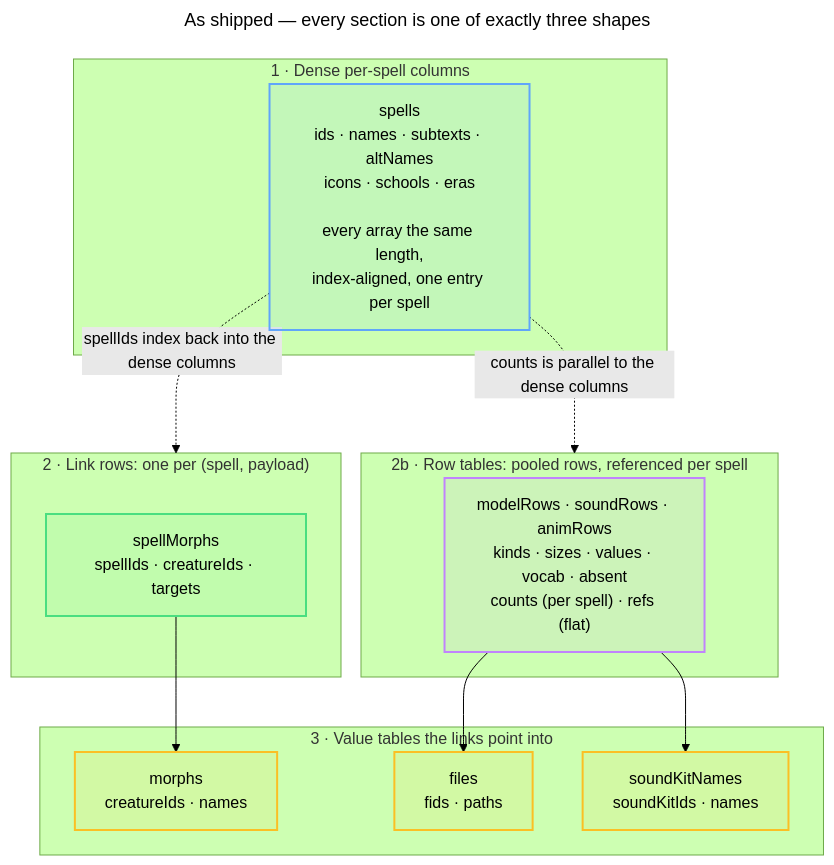
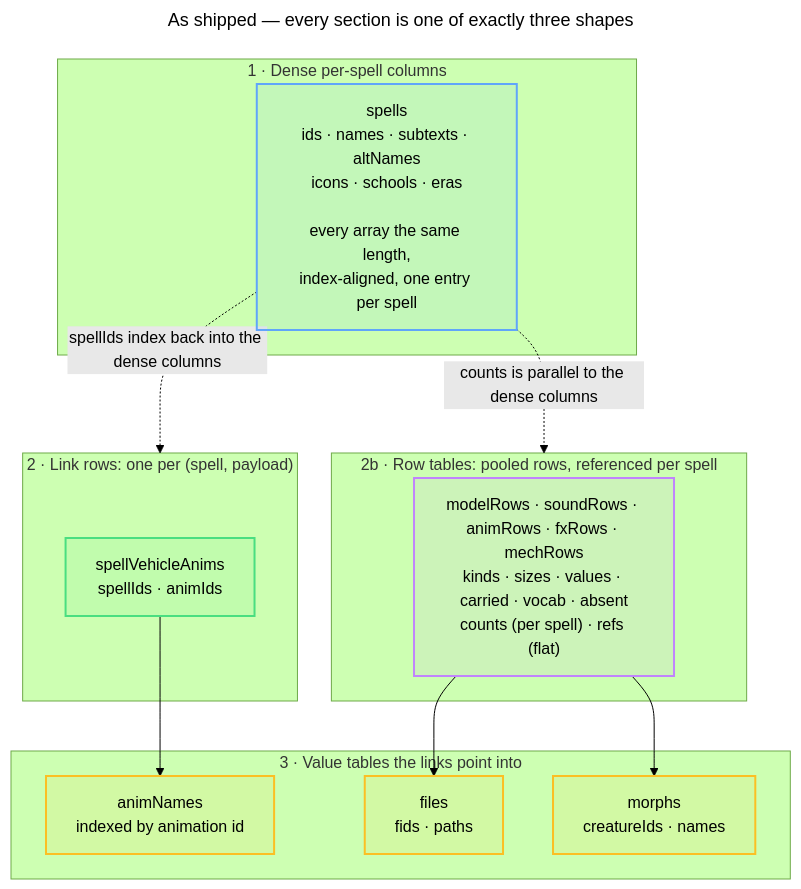
Before and after one commit to Natans8/Epsilook: the sixth of 11 diagrams in docs/DATA_ROUTES.md, drawn with Mermaid (forest theme). The commit also changed other lines of this file and 52 other files, not shown here.

````diff
--- a/docs/DATA_ROUTES.md
+++ b/docs/DATA_ROUTES.md
@@ -424,41 +424,41 @@
 ```mermaid
 ---
 title: As shipped — every section is one of exactly three shapes
 ---
 flowchart TD
     accTitle: The pack's three section shapes
     accDescr {
       Dense per-spell columns are indexed by spell. Link rows carry one row per spell and
       payload, keyed back to the dense columns. Value tables hold a name or path once and are
       pointed into by the link rows.
     }
 
     subgraph A["1 · Dense per-spell columns"]
         A1["spells<br/>ids · names · subtexts · altNames<br/>icons · schools · eras<br/><br/>every array the same length,<br/>index-aligned, one entry per spell"]
     end
     subgraph B["2 · Link rows: one per (spell, payload)"]
-        B1["spellMorphs<br/>spellIds · creatureIds · targets"]
+        B1["spellVehicleAnims<br/>spellIds · animIds"]
     end
     subgraph R["2b · Row tables: pooled rows, referenced per spell"]
-        R1["modelRows · soundRows · animRows<br/>kinds · sizes · values · vocab · absent<br/>counts (per spell) · refs (flat)"]
+        R1["modelRows · soundRows · animRows · fxRows · mechRows<br/>kinds · sizes · values · carried · vocab · absent<br/>counts (per spell) · refs (flat)"]
     end
     subgraph C["3 · Value tables the links point into"]
-        C1["morphs<br/>creatureIds · names"]
+        C1["animNames<br/>indexed by animation id"]
         C2["files<br/>fids · paths"]
-        C3["soundKitNames<br/>soundKitIds · names"]
+        C3["morphs<br/>creatureIds · names"]
     end
     A1 -. "spellIds index back into the dense columns" .-> B
     A1 -. "counts is parallel to the dense columns" .-> R
     B1 --> C1
     R1 --> C2
     R1 --> C3
 
     classDef dense fill:#60a5fa18,stroke:#60a5fa,stroke-width:2px
     classDef link fill:#4ade8018,stroke:#4ade80,stroke-width:2px
     classDef value fill:#fbbf2418,stroke:#fbbf24,stroke-width:2px
     classDef row fill:#c084fc18,stroke:#c084fc,stroke-width:2px
     class A1 dense
     class B1 link
     class R1 row
     class C1,C2,C3 value
 ```
````
